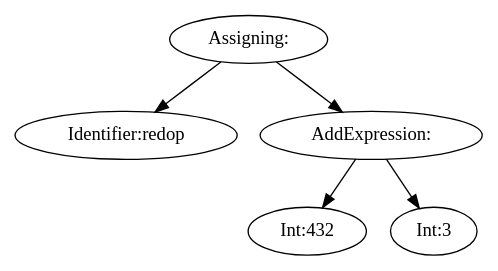
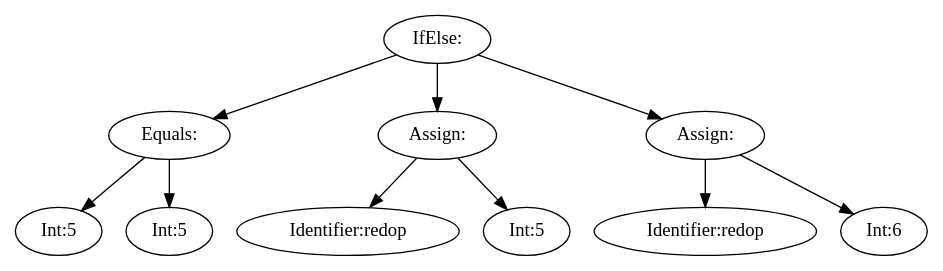
One commit to moondog-matthew/compiler-dv1655 changed the diagram in lab1/getting_started/tree.dot. Above: the diagram before and after it, drawn with Graphviz. The commit also changed 5 other files, not shown here.

```diff
--- a/lab1/getting_started/tree.dot
+++ b/lab1/getting_started/tree.dot
@@ -1,11 +1,21 @@
 digraph {
-n0 [label="Assigning:"];
-n1 [label="Identifier:redop"];
+n0 [label="IfElse:"];
+n1 [label="Equals:"];
+n2 [label="Int:5"];
+n1 -> n2
+n3 [label="Int:5"];
+n1 -> n3
 n0 -> n1
-n2 [label="AddExpression:"];
-n3 [label="Int:432"];
-n2 -> n3
-n4 [label="Int:3"];
-n2 -> n4
-n0 -> n2
+n4 [label="Assign:"];
+n5 [label="Identifier:redop"];
+n4 -> n5
+n6 [label="Int:5"];
+n4 -> n6
+n0 -> n4
+n7 [label="Assign:"];
+n8 [label="Identifier:redop"];
+n7 -> n8
+n9 [label="Int:6"];
+n7 -> n9
+n0 -> n7
 }
```
